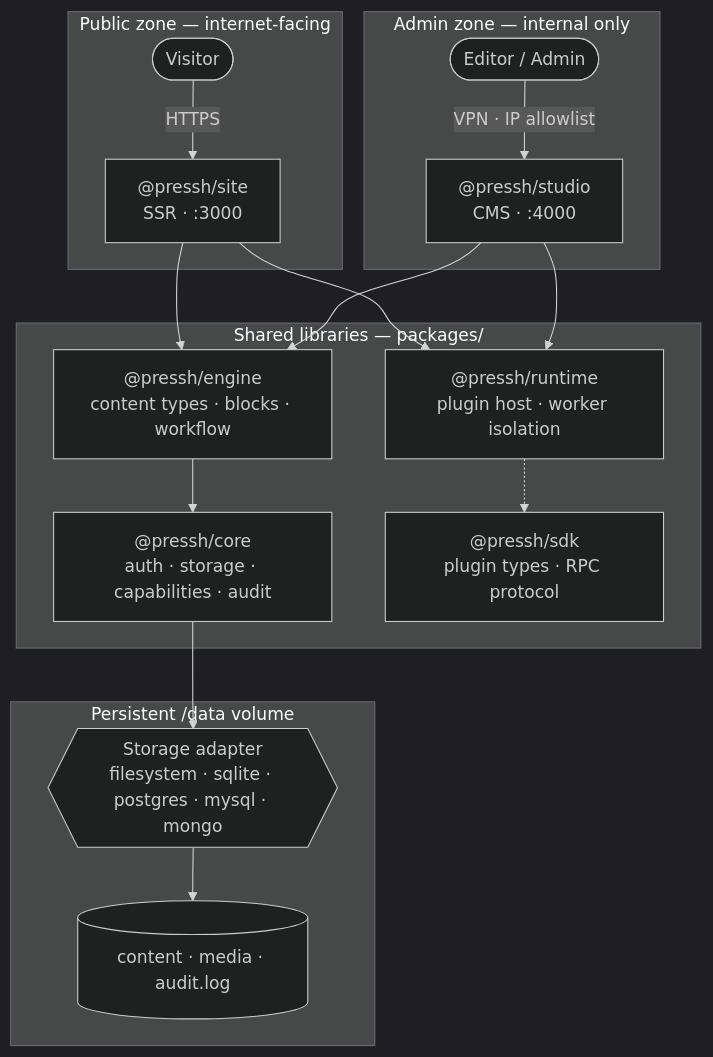
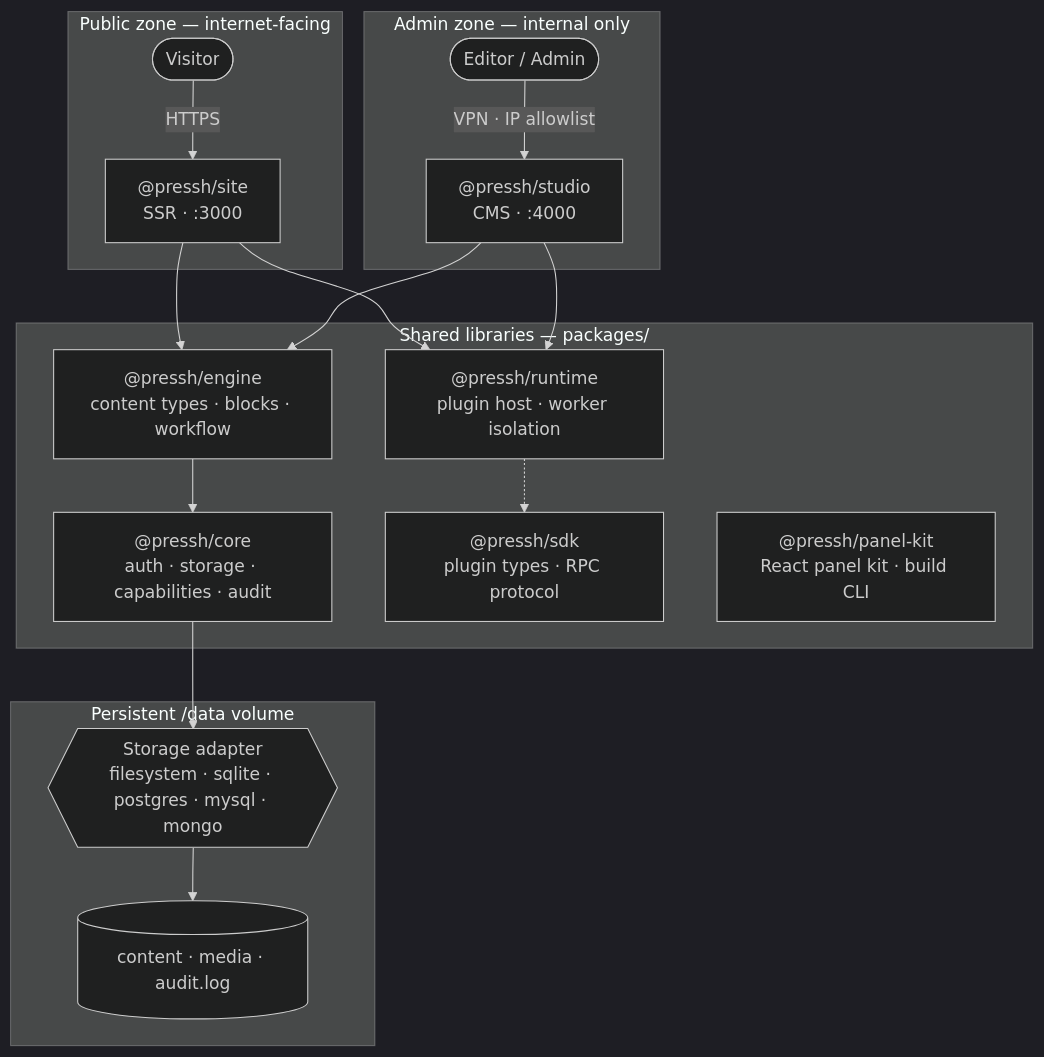
Before and after one commit to yasasalwis/pressh: the first of 5 diagrams in README.md, drawn with Mermaid (dark theme). The commit also changed other lines of this file and 52 other files, not shown here.

````diff
--- a/README.md
+++ b/README.md
@@ -51,34 +51,35 @@
 ```mermaid
 flowchart TB
     subgraph public["Public zone — internet-facing"]
         Visitor([Visitor])
         Site["@pressh/site<br/>SSR · :3000"]
         Visitor -->|HTTPS| Site
     end
     subgraph adminzone["Admin zone — internal only"]
         Editor(["Editor / Admin"])
         Studio["@pressh/studio<br/>CMS · :4000"]
         Editor -->|"VPN · IP allowlist"| Studio
     end
 
     subgraph libs["Shared libraries — packages/"]
         Engine["@pressh/engine<br/>content types · blocks · workflow"]
         Runtime["@pressh/runtime<br/>plugin host · worker isolation"]
         Core["@pressh/core<br/>auth · storage · capabilities · audit"]
         SDK["@pressh/sdk<br/>plugin types · RPC protocol"]
+        PanelKit["@pressh/panel-kit<br/>React panel kit · build CLI"]
     end
 
     subgraph store["Persistent /data volume"]
         Adapter{{"Storage adapter<br/>filesystem · sqlite · postgres · mysql · mongo"}}
         Disk[("content · media · audit.log")]
     end
 
     Site --> Engine
     Studio --> Engine
     Site --> Runtime
     Studio --> Runtime
     Runtime -.-> SDK
     Engine --> Core
     Core --> Adapter
     Adapter --> Disk
 ```
````
